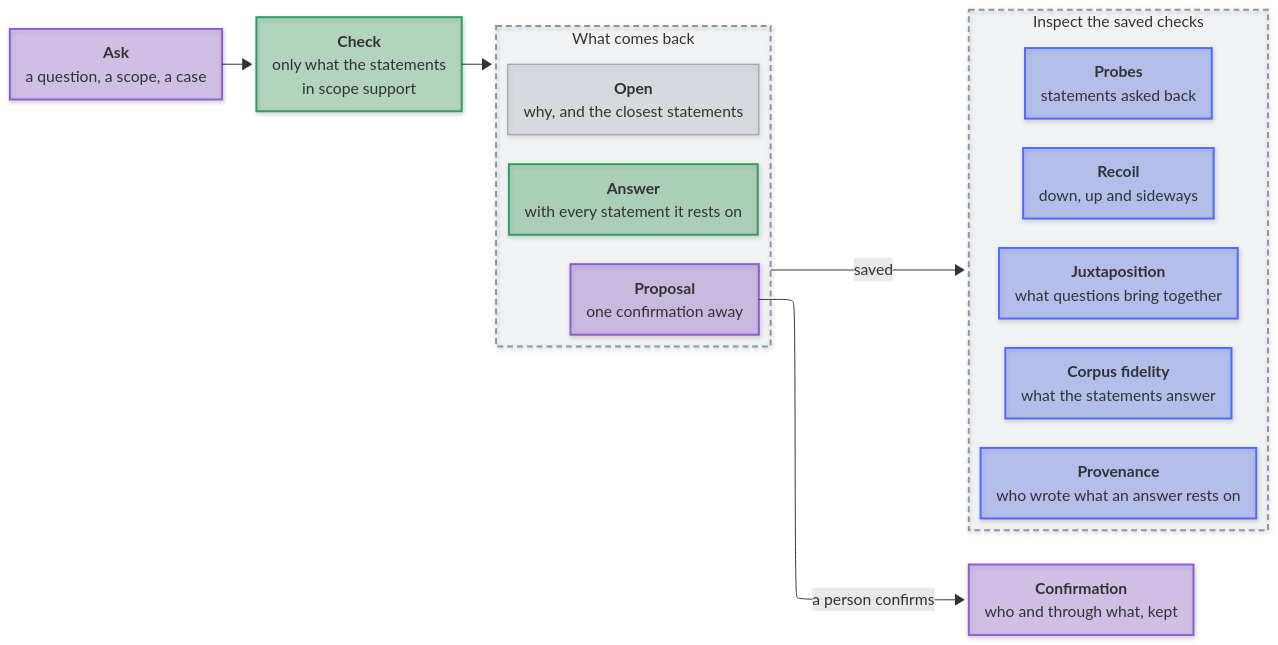
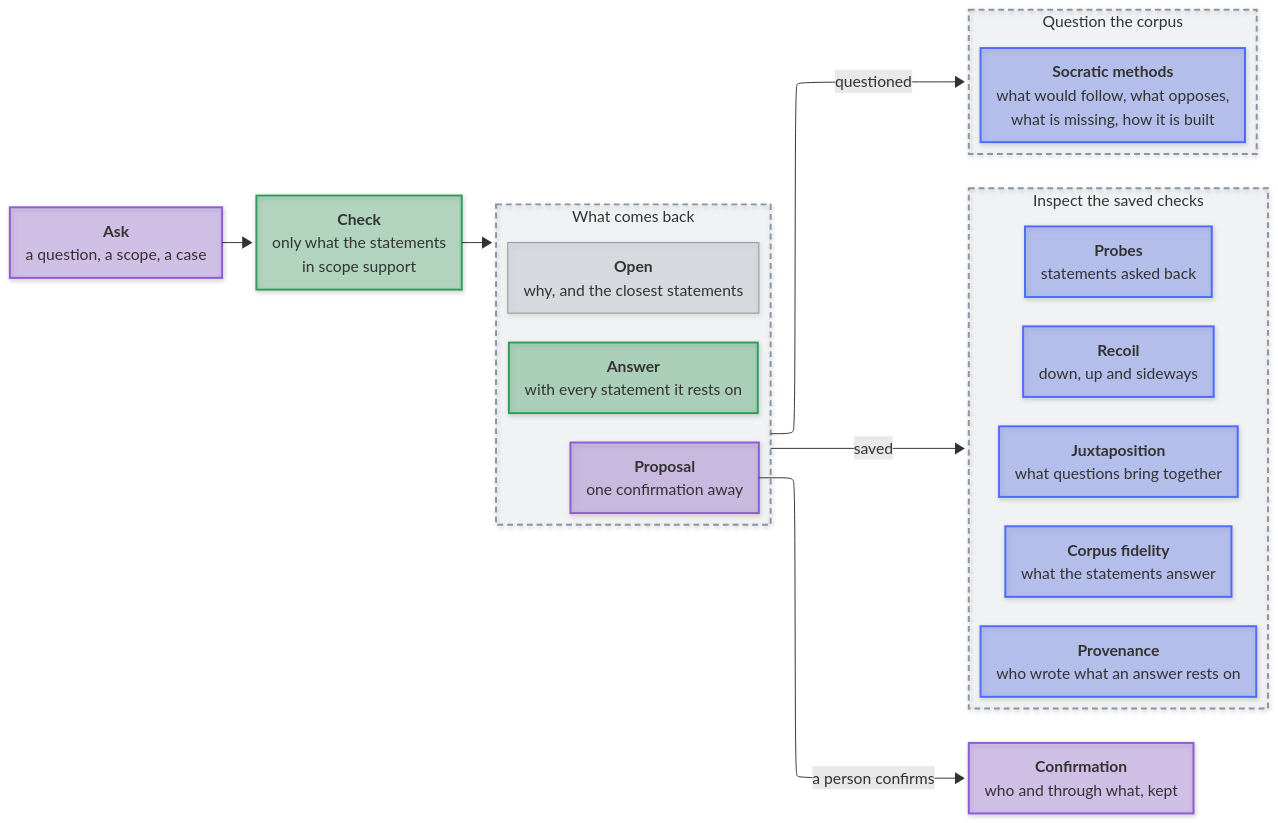
Before and after one commit to mirzahusadzic/tendora: the second of 2 diagrams in README.md, drawn with Mermaid. The commit also changed other lines of this file and 10 other files, not shown here.

First line of the commit message:
feat(methods): in the workbench, the same words read as two structures, and the README diagram

````diff
--- a/README.md
+++ b/README.md
@@ -86,69 +86,73 @@
 ```mermaid
 ---
 config:
     layout: elk
     look: neo
     themeVariables:
         fontFamily: '-apple-system, BlinkMacSystemFont, "Segoe UI", "Noto Sans", Helvetica, Arial, sans-serif'
     flowchart:
         wrappingWidth: 400
         padding: 20
     themeCSS: >-
         foreignObject { overflow: visible; }
         .node foreignObject, .node foreignObject *, .edgeLabel, .edgeLabel * {
         font-family: -apple-system, BlinkMacSystemFont, "Segoe UI", "Noto Sans", Helvetica, Arial, sans-serif !important; line-height: 1.5 !important; }
         .node foreignObject, .node foreignObject * { white-space: nowrap !important; }
         .edgeLabel, .edgeLabel p, .edgeLabel span {
         background: transparent !important; }
         .edgeLabel rect { fill: transparent !important; }
         .labelBkg { --knock: var(--vscode-editor-background,
         var(--bgColor-default, rgb(from currentColor
         clamp(30, (128 - r) * 100, 255) clamp(30, (128 - r) * 100, 255)
         clamp(30, (128 - r) * 100, 255)))); --ring: var(--knock);
         --fill: color-mix(in srgb, var(--ring) 30%, var(--knock));
         background: var(--fill) !important; border-radius: 4px;
         box-shadow: 0 0 0 5px var(--fill), 0 0 0 7px var(--ring); }
         .label[data-id^="L_PR_"] .labelBkg { --ring: #8e5bd6; }
         .label[data-id^="L_OUT_"] .labelBkg { --ring: #4d6bfe; }
         .edgeLabel p, .edgeLabel span, .edgeLabel text {
         --halo: var(--fill, var(--vscode-editor-background,
         var(--bgColor-default,
         rgb(from currentColor clamp(0, (128 - r) * 100, 255)
         clamp(0, (128 - r) * 100, 255) clamp(0, (128 - r) * 100, 255)))));
         text-shadow: 1px 0 var(--halo), -1px 0 var(--halo),
         0 1px var(--halo), 0 -1px var(--halo), 1px 1px var(--halo),
         -1px -1px var(--halo), 1px -1px var(--halo), -1px 1px var(--halo),
         0 0 3px var(--halo), 0 0 4px var(--halo); }
 ---
 flowchart LR
     Q["<b>Ask</b><br/>a question, a scope, a case"]
     EN["<b>Check</b><br/>only what the statements<br/>in scope support"]
     subgraph OUT["What comes back"]
         AN["<b>Answer</b><br/>with every statement it rests on"]
         OP["<b>Open</b><br/>why, and the closest statements"]
         PR["<b>Proposal</b><br/>one confirmation away"]
     end
     CF["<b>Confirmation</b><br/>who and through what, kept"]
     subgraph IN["Inspect the saved checks"]
         RC["<b>Recoil</b><br/>down, up and sideways"]
         TL["<b>Juxtaposition</b><br/>what questions bring together"]
         PB["<b>Probes</b><br/>statements asked back"]
         CF2["<b>Corpus fidelity</b><br/>what the statements answer"]
         PV["<b>Provenance</b><br/>who wrote what an answer rests on"]
     end
+    subgraph ME["Question the corpus"]
+        SM["<b>Socratic methods</b><br/>what would follow, what opposes,<br/>what is missing, how it is built"]
+    end
 
     Q --> EN
     EN --> OUT
     PR -->|"a person confirms"| CF
     OUT -->|"saved"| IN
+    OUT -->|"questioned"| ME
 
     classDef default fill:#8a96a82e,stroke:#8a96a8,stroke-width:1px
     classDef person fill:#8e5bd64d,stroke:#8e5bd6,stroke-width:2px
     classDef kept fill:#4d6bfe4d,stroke:#4d6bfe,stroke-width:2px
     classDef engine fill:#2e9e5b4d,stroke:#2e9e5b,stroke-width:2px
     classDef group fill:#8a96a814,stroke:#8a96a8,stroke-width:2px,stroke-dasharray:6 4
     class Q,PR,CF person
     class EN,AN engine
-    class RC,TL,PB,CF2,PV kept
-    class OUT,IN group
+    class RC,TL,PB,CF2,PV,SM kept
+    class OUT,IN,ME group
 ```
````
